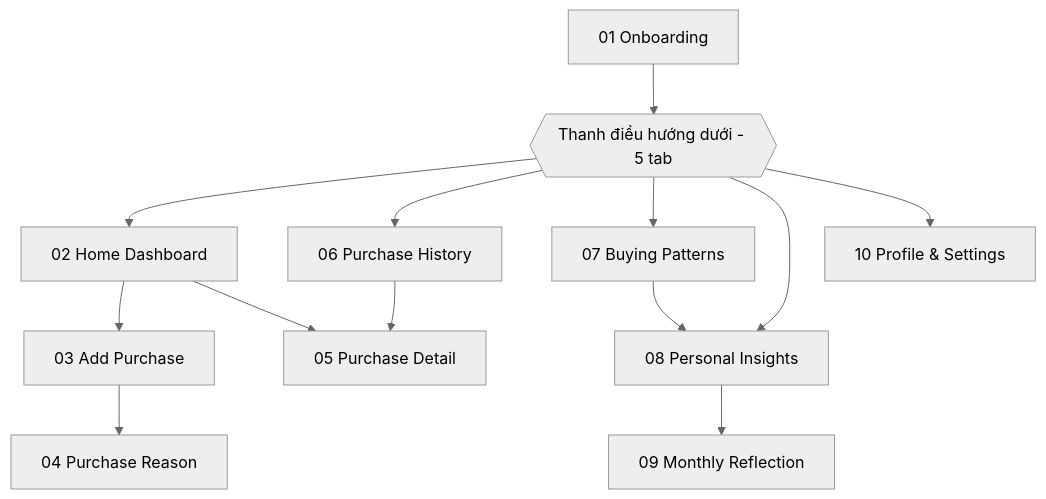
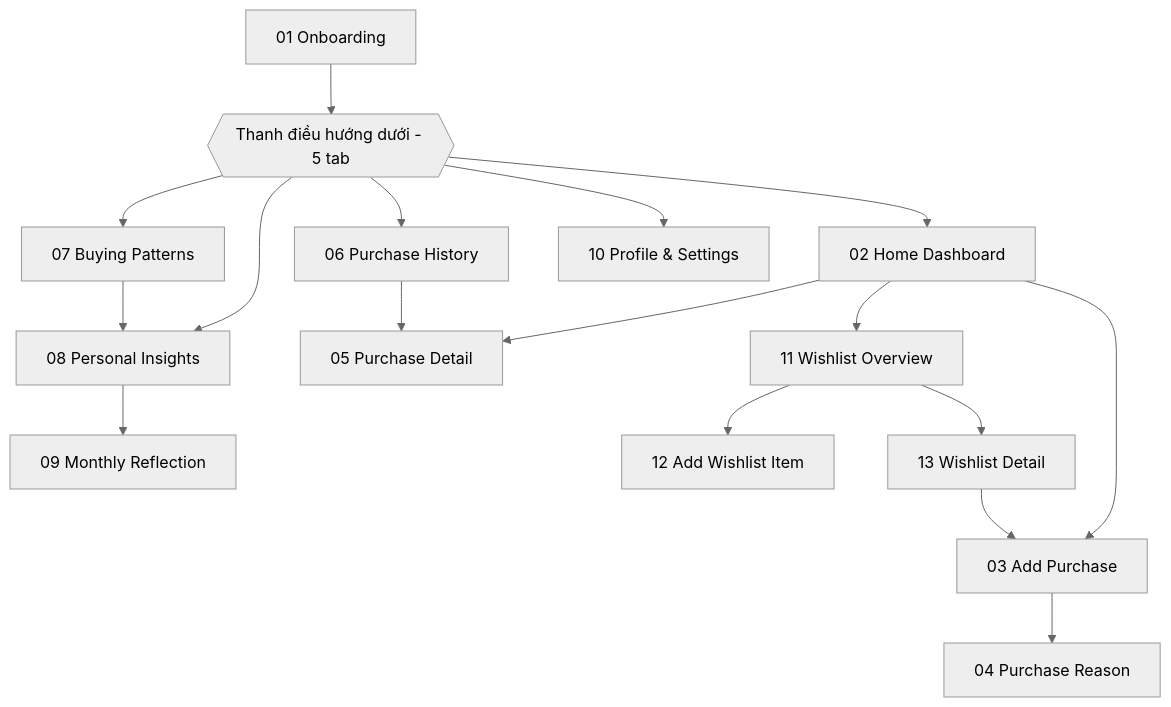
Before and after one commit to hoanghuan2005/prm393_lab02: the first of 6 diagrams in ux/user-flow.md, drawn with Mermaid (neutral theme). The commit also changed other lines of this file and 13 other files, not shown here.

Commit message:
update flow 6

````diff
--- a/ux/user-flow.md
+++ b/ux/user-flow.md
@@ -28,14 +31,17 @@
 ```mermaid
 flowchart TD
     S01[01 Onboarding] --> NAV{{Thanh điều hướng dưới - 5 tab}}
     NAV --> S02[02 Home Dashboard]
     NAV --> S06[06 Purchase History]
     NAV --> S07[07 Buying Patterns]
     NAV --> S08[08 Personal Insights]
     NAV --> S10[10 Profile & Settings]
     S02 --> S03[03 Add Purchase] --> S04[04 Purchase Reason]
     S02 --> S05[05 Purchase Detail]
     S06 --> S05
     S07 --> S08
     S08 --> S09[09 Monthly Reflection]
+    S02 --> S11[11 Wishlist Overview] --> S12[12 Add Wishlist Item]
+    S11 --> S13[13 Wishlist Detail]
+    S13 --> S03
 ```
````
